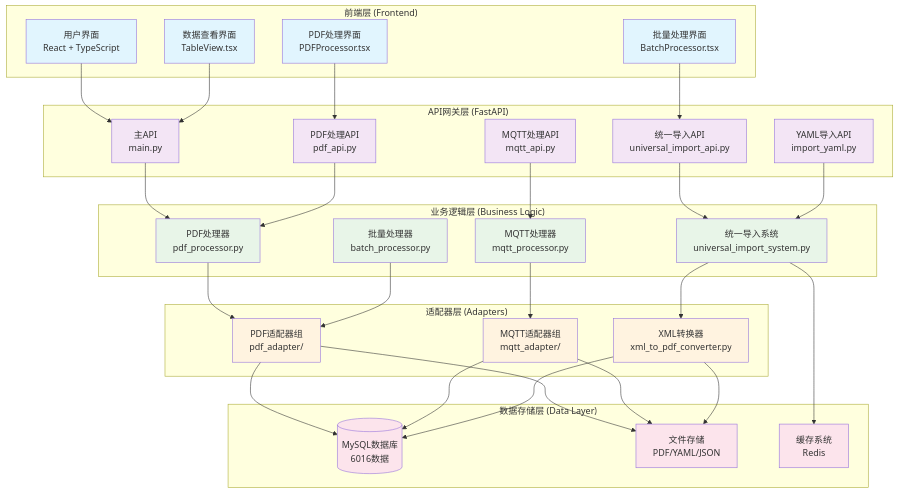
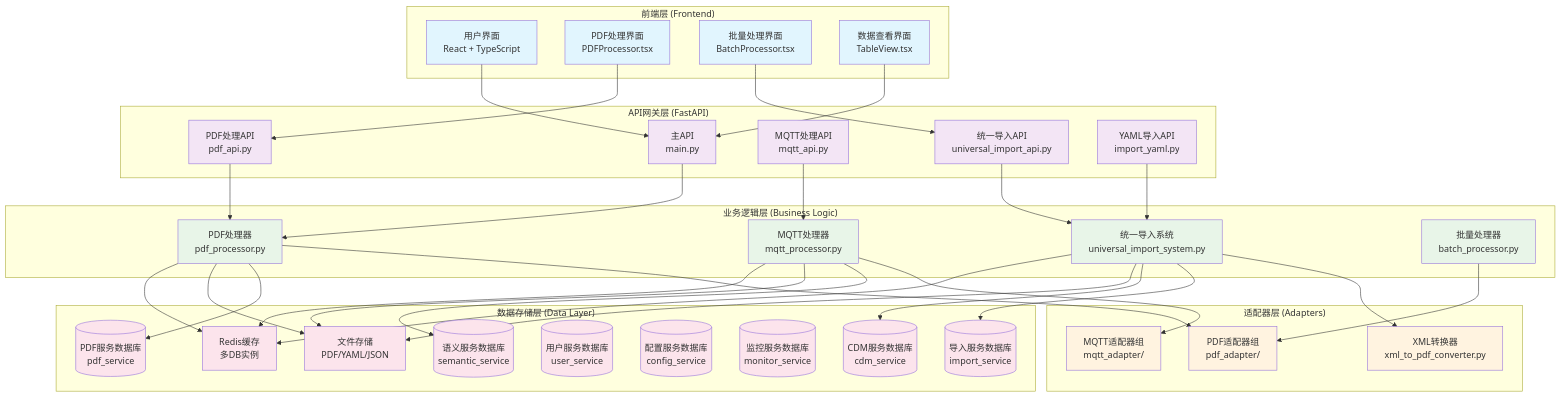
Before and after one commit to mistvapour/6016b: the diagram in mmd/system_architecture.mmd, drawn with Mermaid. The commit also changed 14 other files, not shown here.

```diff
--- a/mmd/system_architecture.mmd
+++ b/mmd/system_architecture.mmd
@@ -1,76 +1,85 @@
 graph TB
     %% 6016-app 系统总体架构图
     
     subgraph "前端层 (Frontend)"
         UI[用户界面<br/>React + TypeScript]
         PDF_UI[PDF处理界面<br/>PDFProcessor.tsx]
         BATCH_UI[批量处理界面<br/>BatchProcessor.tsx]
         VIEW_UI[数据查看界面<br/>TableView.tsx]
     end
     
     subgraph "API网关层 (FastAPI)"
         MAIN_API[主API<br/>main.py]
         PDF_API[PDF处理API<br/>pdf_api.py]
         MQTT_API[MQTT处理API<br/>mqtt_api.py]
         UNIVERSAL_API[统一导入API<br/>universal_import_api.py]
         YAML_API[YAML导入API<br/>import_yaml.py]
     end
     
     subgraph "业务逻辑层 (Business Logic)"
         PDF_PROC[PDF处理器<br/>pdf_processor.py]
         MQTT_PROC[MQTT处理器<br/>mqtt_processor.py]
         UNIVERSAL_SYS[统一导入系统<br/>universal_import_system.py]
         BATCH_PROC[批量处理器<br/>batch_processor.py]
     end
     
     subgraph "适配器层 (Adapters)"
         PDF_ADAPTER[PDF适配器组<br/>pdf_adapter/]
         MQTT_ADAPTER[MQTT适配器组<br/>mqtt_adapter/]
         XML_CONVERTER[XML转换器<br/>xml_to_pdf_converter.py]
     end
     
     subgraph "数据存储层 (Data Layer)"
-        MYSQL[(MySQL数据库<br/>6016数据)]
+        PDF_DB[(PDF服务数据库<br/>pdf_service)]
+        SEMANTIC_DB[(语义服务数据库<br/>semantic_service)]
+        CDM_DB[(CDM服务数据库<br/>cdm_service)]
+        IMPORT_DB[(导入服务数据库<br/>import_service)]
+        USER_DB[(用户服务数据库<br/>user_service)]
+        CONFIG_DB[(配置服务数据库<br/>config_service)]
+        MONITOR_DB[(监控服务数据库<br/>monitor_service)]
         FILE_STORAGE[文件存储<br/>PDF/YAML/JSON]
-        CACHE[缓存系统<br/>Redis]
+        REDIS_CACHE[Redis缓存<br/>多DB实例]
     end
     
     %% 连接关系
     UI --> MAIN_API
     PDF_UI --> PDF_API
     BATCH_UI --> UNIVERSAL_API
     VIEW_UI --> MAIN_API
     
     MAIN_API --> PDF_PROC
     PDF_API --> PDF_PROC
     MQTT_API --> MQTT_PROC
     UNIVERSAL_API --> UNIVERSAL_SYS
     YAML_API --> UNIVERSAL_SYS
     
     PDF_PROC --> PDF_ADAPTER
     MQTT_PROC --> MQTT_ADAPTER
     UNIVERSAL_SYS --> XML_CONVERTER
     BATCH_PROC --> PDF_ADAPTER
     
-    PDF_ADAPTER --> MYSQL
-    MQTT_ADAPTER --> MYSQL
-    XML_CONVERTER --> MYSQL
+    PDF_PROC --> PDF_DB
+    MQTT_PROC --> SEMANTIC_DB
+    UNIVERSAL_SYS --> IMPORT_DB
+    UNIVERSAL_SYS --> CDM_DB
     
-    PDF_ADAPTER --> FILE_STORAGE
-    MQTT_ADAPTER --> FILE_STORAGE
-    XML_CONVERTER --> FILE_STORAGE
+    PDF_PROC --> FILE_STORAGE
+    MQTT_PROC --> FILE_STORAGE
+    UNIVERSAL_SYS --> FILE_STORAGE
     
-    UNIVERSAL_SYS --> CACHE
+    PDF_PROC --> REDIS_CACHE
+    MQTT_PROC --> REDIS_CACHE
+    UNIVERSAL_SYS --> REDIS_CACHE
     
     %% 样式
     classDef frontend fill:#e1f5fe
     classDef api fill:#f3e5f5
     classDef business fill:#e8f5e8
     classDef adapter fill:#fff3e0
     classDef storage fill:#fce4ec
     
     class UI,PDF_UI,BATCH_UI,VIEW_UI frontend
     class MAIN_API,PDF_API,MQTT_API,UNIVERSAL_API,YAML_API api
     class PDF_PROC,MQTT_PROC,UNIVERSAL_SYS,BATCH_PROC business
     class PDF_ADAPTER,MQTT_ADAPTER,XML_CONVERTER adapter
-    class MYSQL,FILE_STORAGE,CACHE storage
+    class PDF_DB,SEMANTIC_DB,CDM_DB,IMPORT_DB,USER_DB,CONFIG_DB,MONITOR_DB,FILE_STORAGE,REDIS_CACHE storage
```
